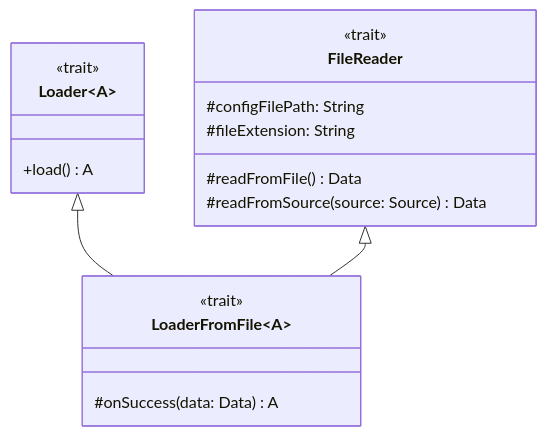
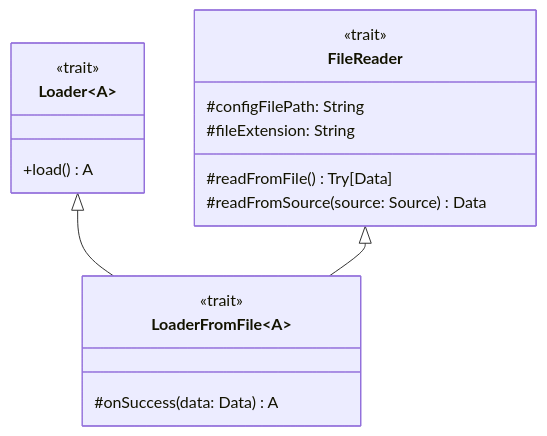
The diagram in docs/design_loader.md (FilippoPracucci/PPS-24-ttr-scala), drawn with Mermaid before and after one commit. The commit also changed other lines of this file and 1 other file, not shown here.

````diff
--- a/docs/design_loader.md
+++ b/docs/design_loader.md
@@ -11,25 +11,25 @@
 ```mermaid
 ---
 config:
   class:
     hideEmptyMembersBox: true
 ---
 classDiagram
     class Loader~A~ {
         <<trait>>
         +load() A
     }
     class FileReader {
         <<trait>>
         #configFilePath: String
         #fileExtension: String
-        #readFromFile() Data
+        #readFromFile() Try[Data]
         #readFromSource(source: Source) Data
     }
     class LoaderFromFile~A~ {
         <<trait>>
         #onSuccess(data: Data) A
     }
     Loader <|-- LoaderFromFile
     FileReader <|-- LoaderFromFile
 ```
````
